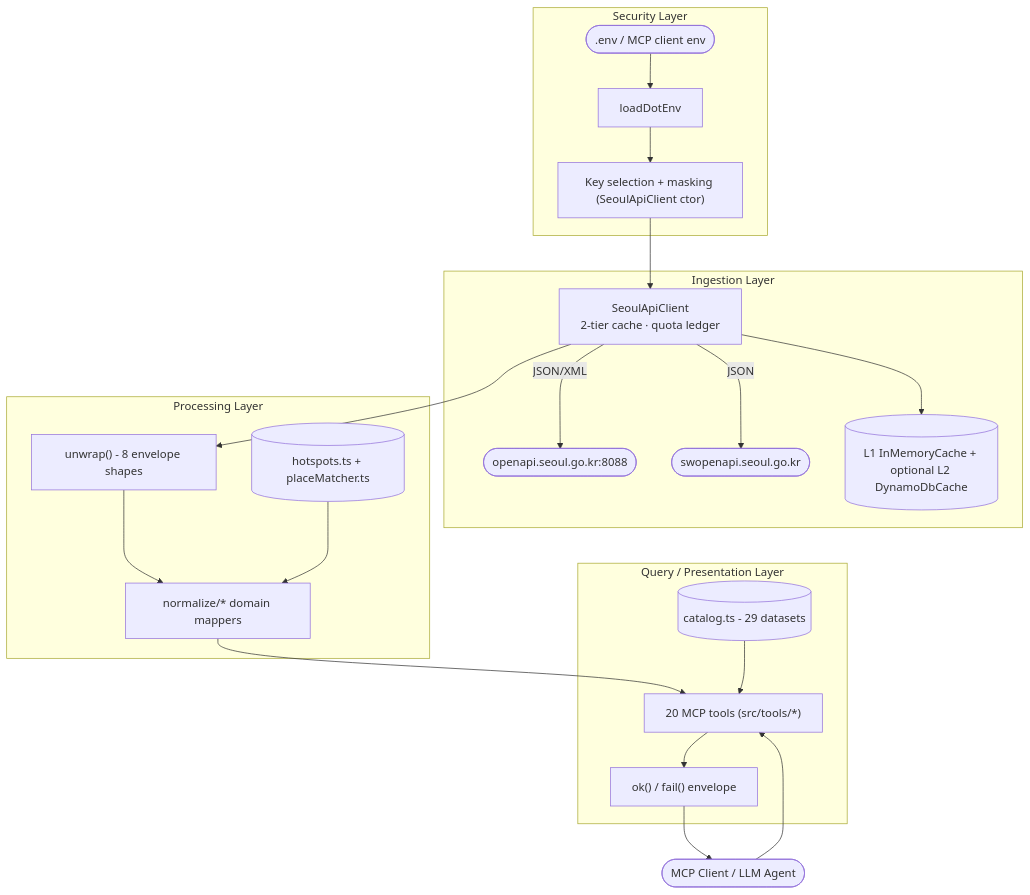
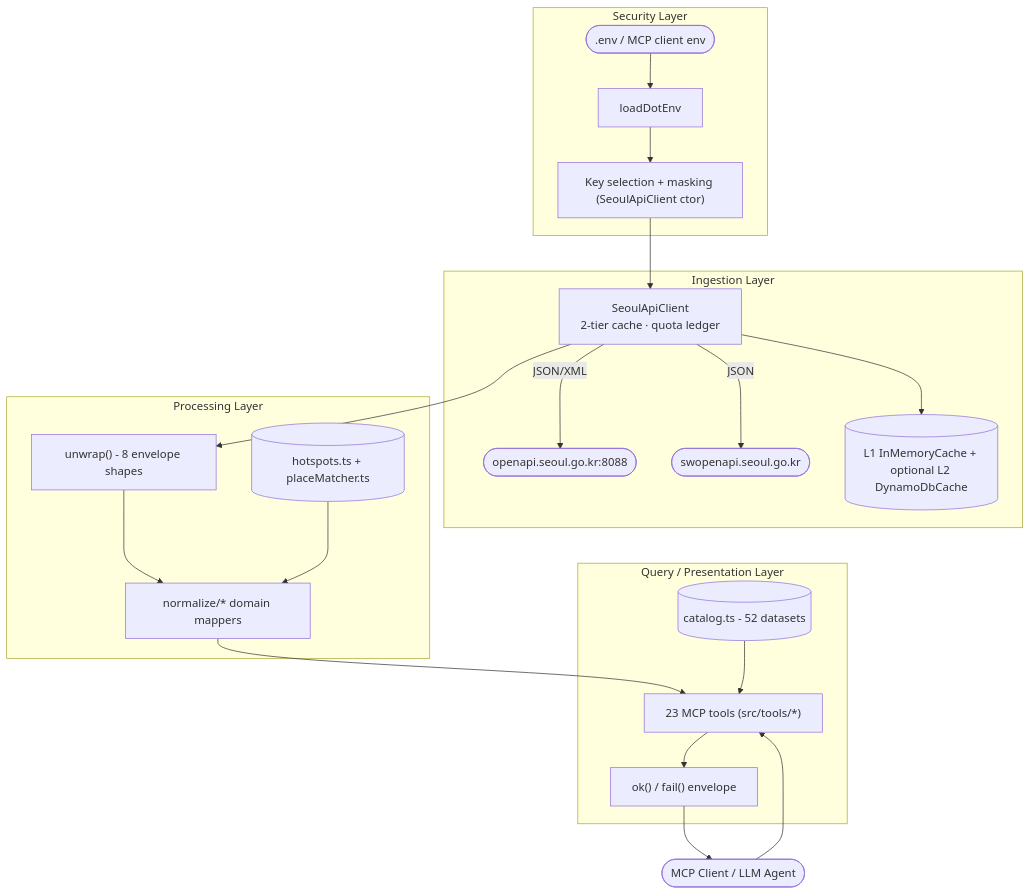
One commit to whchoi98/seoul-opendata-mcp changed the first of 4 diagrams in docs/architecture.md. Above: the diagram before and after it, drawn with Mermaid. The commit also changed other lines of this file and 54 other files, not shown here.

````diff
--- a/docs/architecture.md
+++ b/docs/architecture.md
@@ -50,30 +50,30 @@
 ```mermaid
 flowchart TB
   subgraph security[Security Layer]
     ENVFILE([".env / MCP client env"]) --> LOADENV[loadDotEnv]
     LOADENV --> KEYSEL["Key selection + masking (SeoulApiClient ctor)"]
   end
   subgraph ingestion[Ingestion Layer]
     KEYSEL --> CLIENT["SeoulApiClient<br/>2-tier cache · quota ledger"]
     CLIENT -->|"JSON/XML"| OPENAPI(["openapi.seoul.go.kr:8088"])
     CLIENT -->|"JSON"| SUBWAYAPI(["swopenapi.seoul.go.kr"])
     CLIENT --> CACHE[("L1 InMemoryCache + optional L2 DynamoDbCache")]
   end
   subgraph processing[Processing Layer]
     UNWRAP["unwrap() - 8 envelope shapes"]
     NORMALIZE["normalize/* domain mappers"]
     HOTSPOTS[("hotspots.ts + placeMatcher.ts")]
     CLIENT --> UNWRAP --> NORMALIZE
     HOTSPOTS --> NORMALIZE
   end
   subgraph query[Query / Presentation Layer]
-    TOOLS["20 MCP tools (src/tools/*)"]
+    TOOLS["23 MCP tools (src/tools/*)"]
     ENVELOPE["ok() / fail() envelope"]
-    CATALOG[("catalog.ts - 29 datasets")]
+    CATALOG[("catalog.ts - 52 datasets")]
     NORMALIZE --> TOOLS
     CATALOG --> TOOLS
     TOOLS --> ENVELOPE
   end
   AGENT(["MCP Client / LLM Agent"]) --> TOOLS
   ENVELOPE --> AGENT
 ```
````
